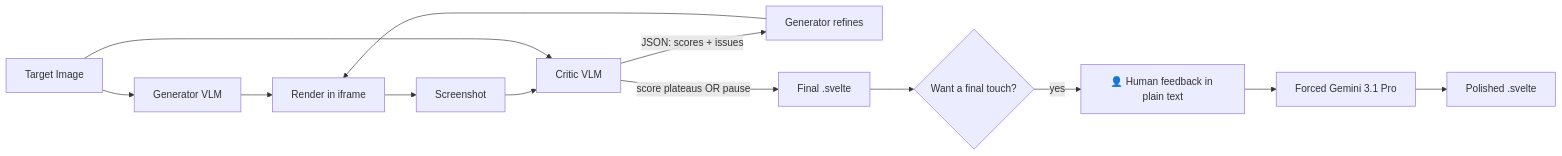
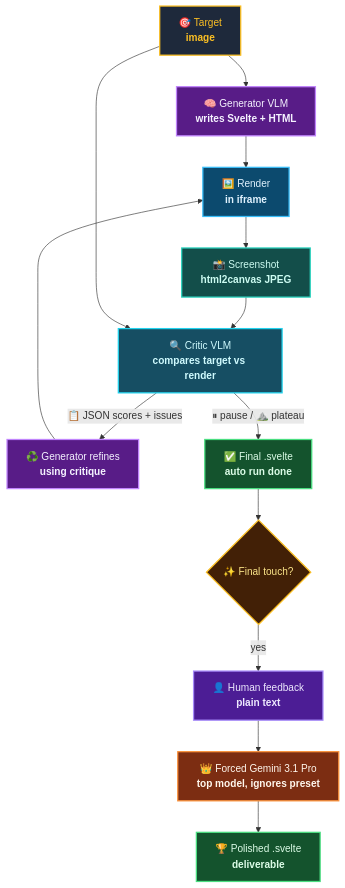
Before and after one commit to GeraCollante/game-ui-refiner: the first of 4 diagrams in README.md, drawn with Mermaid. The commit also changed other lines of this file, not shown here.

First line of the commit message:
docs(readme): redesign mermaid diagrams

````diff
--- a/README.md
+++ b/README.md
@@ -44,15 +44,25 @@
 ```mermaid
-flowchart LR
-    T[Target Image] --> G1[Generator VLM]
-    G1 --> R1[Render in iframe]
-    R1 --> S[Screenshot]
-    S --> C[Critic VLM]
+flowchart TB
+    T[🎯 Target<br/><b>image</b>]:::target --> G1[🧠 Generator VLM<br/><b>writes Svelte + HTML</b>]:::gen
+    G1 --> R1[🖼️ Render<br/><b>in iframe</b>]:::render
+    R1 --> S[📸 Screenshot<br/><b>html2canvas JPEG</b>]:::shot
+    S --> C[🔍 Critic VLM<br/><b>compares target vs render</b>]:::critic
     T --> C
-    C -->|JSON: scores + issues| G2[Generator refines]
+    C -->|📋 JSON scores + issues| G2[♻️ Generator refines<br/><b>using critique</b>]:::gen
     G2 --> R1
-    C -->|score plateaus OR pause| OUT[Final .svelte]
-    OUT --> H{Want a final touch?}
-    H -->|yes| HF[👤 Human feedback in plain text]
-    HF --> FG[Forced Gemini 3.1 Pro]
-    FG --> OUT2[Polished .svelte]
+    C -->|⏸ pause / ⛰️ plateau| OUT[✅ Final .svelte<br/><b>auto run done</b>]:::out
+    OUT --> H{✨ Final touch?}:::ask
+    H -->|yes| HF[👤 Human feedback<br/><b>plain text</b>]:::human
+    HF --> FG[👑 Forced Gemini 3.1 Pro<br/><b>top model, ignores preset</b>]:::premium
+    FG --> OUT2[🏆 Polished .svelte<br/><b>deliverable</b>]:::out
+
+    classDef target   fill:#1e293b,stroke:#fbbf24,stroke-width:2px,color:#fbbf24
+    classDef gen      fill:#581c87,stroke:#c084fc,stroke-width:2px,color:#f5f3ff
+    classDef render   fill:#0c4a6e,stroke:#38bdf8,stroke-width:2px,color:#e0f2fe
+    classDef shot     fill:#134e4a,stroke:#2dd4bf,stroke-width:2px,color:#ccfbf1
+    classDef critic   fill:#164e63,stroke:#22d3ee,stroke-width:2px,color:#cffafe
+    classDef out      fill:#14532d,stroke:#4ade80,stroke-width:2px,color:#dcfce7
+    classDef ask      fill:#422006,stroke:#fbbf24,stroke-width:2px,color:#fde68a
+    classDef human    fill:#4c1d95,stroke:#a78bfa,stroke-width:2px,color:#ede9fe
+    classDef premium  fill:#7c2d12,stroke:#fb923c,stroke-width:2px,color:#fff7ed
 ```
````
